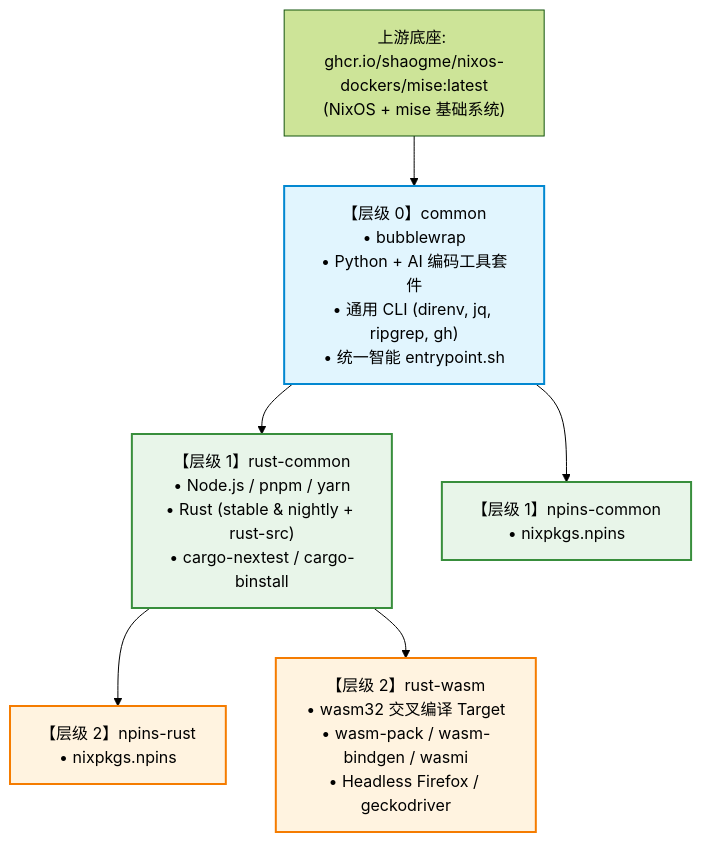
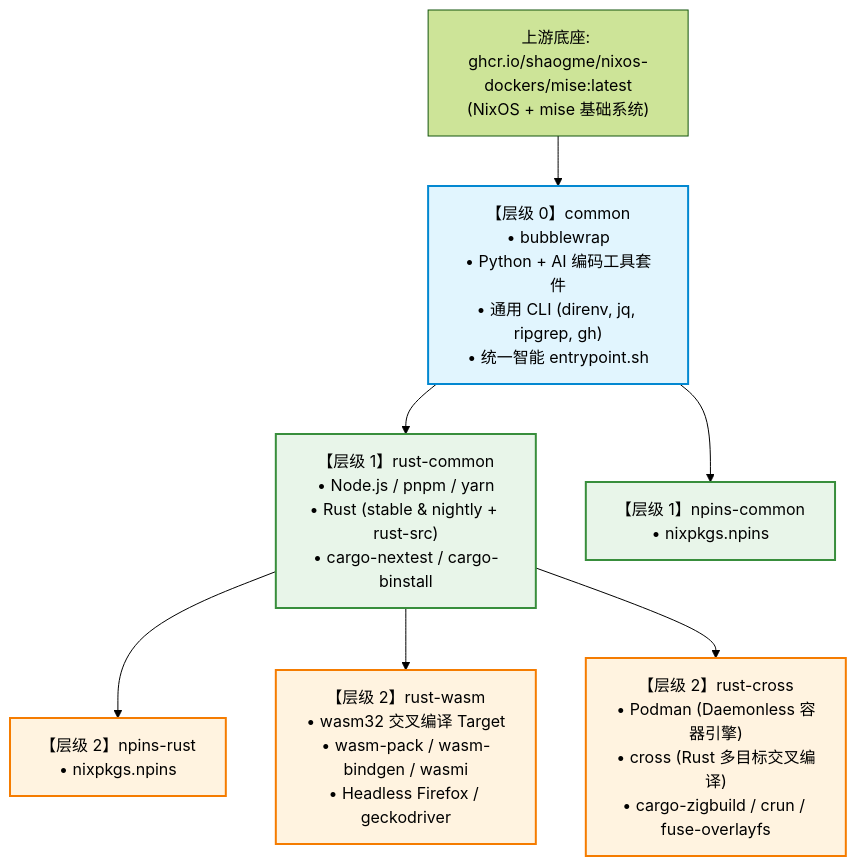
The first of 5 diagrams in README.md (shaogme/coding-images), drawn with Mermaid (forest theme) before and after one commit. The commit also changed other lines of this file and 5 other files, not shown here.

First line of the commit message:
feat(rust-cross): add Podman-based Rust cross-compilation image

````diff
--- a/README.md
+++ b/README.md
@@ -55,28 +56,31 @@
 ```mermaid
 flowchart TD
     Upstream["上游底座: ghcr.io/shaogme/nixos-dockers/mise:latest<br/>(NixOS + mise 基础系统)"]
     
     Common["【层级 0】common<br/>• bubblewrap<br/>• Python + AI 编码工具套件<br/>• 通用 CLI (direnv, jq, ripgrep, gh)<br/>• 统一智能 entrypoint.sh"]
     
     RustCommon["【层级 1】rust-common<br/>• Node.js / pnpm / yarn<br/>• Rust (stable & nightly + rust-src)<br/>• cargo-nextest / cargo-binstall"]
     
     NpinsCommon["【层级 1】npins-common<br/>• nixpkgs.npins"]
     
     RustWasm["【层级 2】rust-wasm<br/>• wasm32 交叉编译 Target<br/>• wasm-pack / wasm-bindgen / wasmi<br/>• Headless Firefox / geckodriver"]
     
+    RustCross["【层级 2】rust-cross<br/>• Podman (Daemonless 容器引擎)<br/>• cross (Rust 多目标交叉编译)<br/>• cargo-zigbuild / crun / fuse-overlayfs"]
+
     NpinsRust["【层级 2】npins-rust<br/>• nixpkgs.npins"]
 
     Upstream --> Common
     Common --> NpinsCommon
     Common --> RustCommon
     RustCommon --> NpinsRust
     RustCommon --> RustWasm
+    RustCommon --> RustCross
 
     classDef base fill:#e1f5fe,stroke:#0288d1,stroke-width:2px;
     classDef l1 fill:#e8f5e9,stroke:#388e3c,stroke-width:2px;
     classDef l2 fill:#fff3e0,stroke:#f57c00,stroke-width:2px;
 
     class Common base;
     class NpinsCommon,RustCommon l1;
-    class NpinsRust,RustWasm l2;
+    class NpinsRust,RustWasm,RustCross l2;
 ```
````
